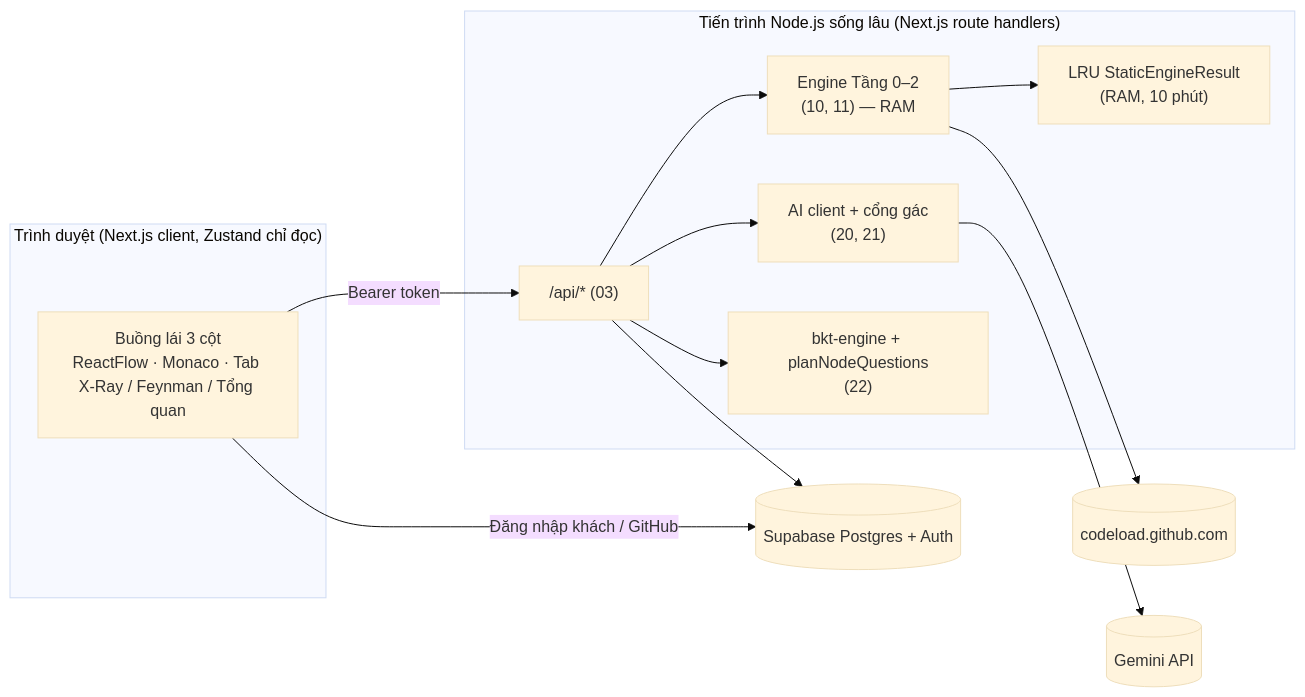
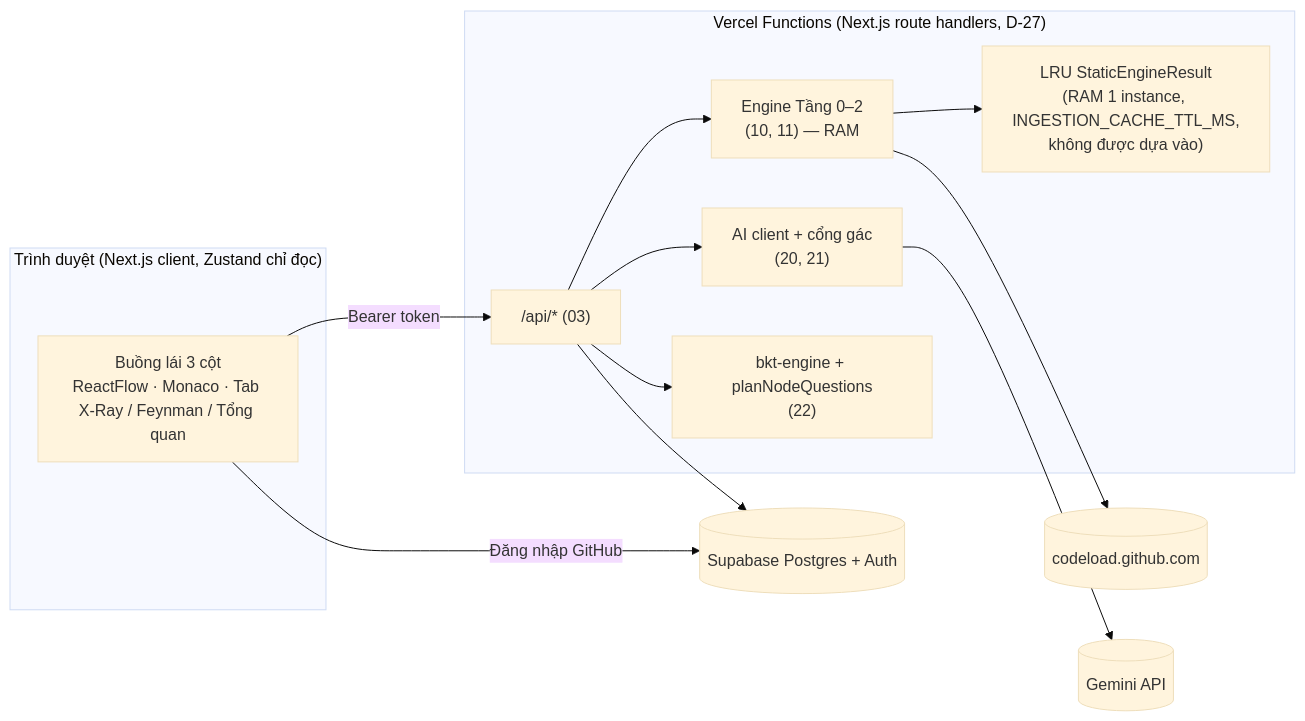
Before and after one commit to huynhthanhnhannnh-pixel/Hackathon_SGU: the first of 4 diagrams in spec/01_KIEN_TRUC_VA_LUONG.md, drawn with Mermaid (base theme). The commit also changed other lines of this file and 41 other files, not shown here.

````diff
--- a/spec/01_KIEN_TRUC_VA_LUONG.md
+++ b/spec/01_KIEN_TRUC_VA_LUONG.md
@@ -41,23 +41,23 @@
 ```mermaid
 flowchart LR
     subgraph Browser["Trình duyệt (Next.js client, Zustand chỉ đọc)"]
         UI["Buồng lái 3 cột<br/>ReactFlow · Monaco · Tab X-Ray / Feynman / Tổng quan"]
     end
-    subgraph Server["Tiến trình Node.js sống lâu (Next.js route handlers)"]
+    subgraph Server["Vercel Functions (Next.js route handlers, D-27)"]
         API["/api/* (03)"]
         ENG["Engine Tầng 0–2<br/>(10, 11) — RAM"]
         AI["AI client + cổng gác<br/>(20, 21)"]
         BKT["bkt-engine + planNodeQuestions<br/>(22)"]
-        CACHE["LRU StaticEngineResult<br/>(RAM, 10 phút)"]
+        CACHE["LRU StaticEngineResult<br/>(RAM 1 instance, INGESTION_CACHE_TTL_MS,<br/>không được dựa vào)"]
     end
     GH[("codeload.github.com")]
     GEM[("Gemini API")]
     DB[("Supabase Postgres + Auth")]
     UI -- "Bearer token" --> API
     API --> ENG --> GH
     ENG --> CACHE
     API --> AI --> GEM
     API --> BKT
     API --> DB
-    UI -- "Đăng nhập khách / GitHub" --> DB
+    UI -- "Đăng nhập GitHub" --> DB
 ```
````
